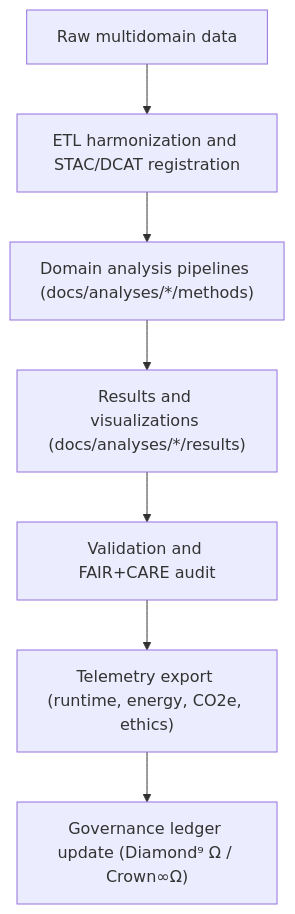
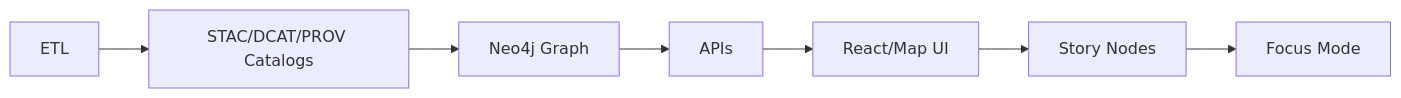
The diagram in docs/analyses/README.md (bartytime4life/Kansas-Frontier-Matrix), drawn with Mermaid before and after one commit. The commit also changed other lines of this file, not shown here.

```diff
--- a/docs/analyses/README.md
+++ b/docs/analyses/README.md
@@ -298,9 +158,9 @@
 ~~~mermaid
-flowchart TD
-  A["Raw multidomain data"] --> B["ETL harmonization and STAC/DCAT registration"]
-  B --> C["Domain analysis pipelines (docs/analyses/*/methods)"]
-  C --> D["Results and visualizations (docs/analyses/*/results)"]
-  D --> E["Validation and FAIR+CARE audit"]
-  E --> F["Telemetry export (runtime, energy, CO2e, ethics)"]
-  F --> G["Governance ledger update (Diamond⁹ Ω / Crown∞Ω)"]
+flowchart LR
+  A[ETL] --> B[STAC/DCAT/PROV Catalogs]
+  B --> C[Neo4j Graph]
+  C --> D[APIs]
+  D --> E[React/Map UI]
+  E --> F[Story Nodes]
+  F --> G[Focus Mode]
 ~~~
```
